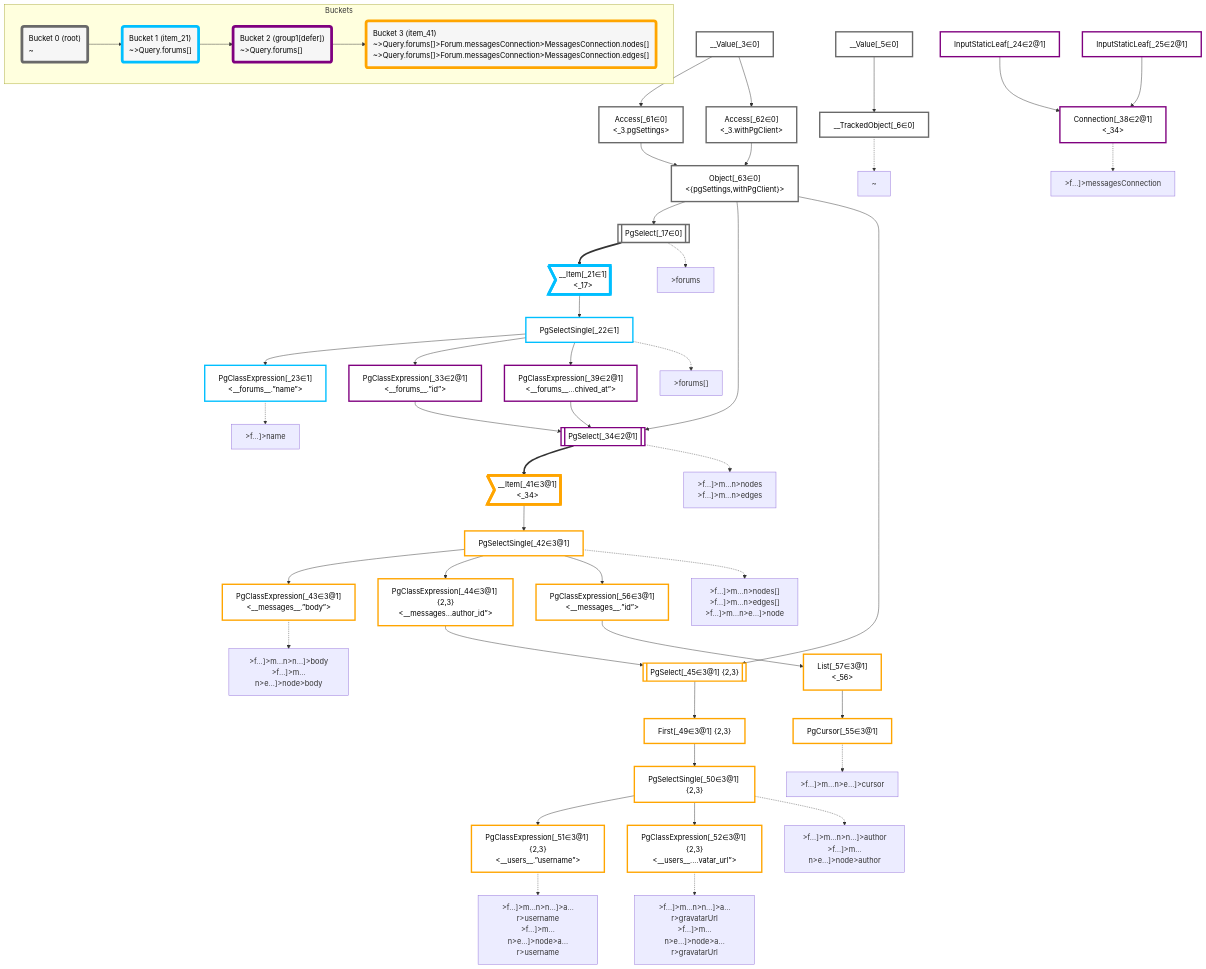
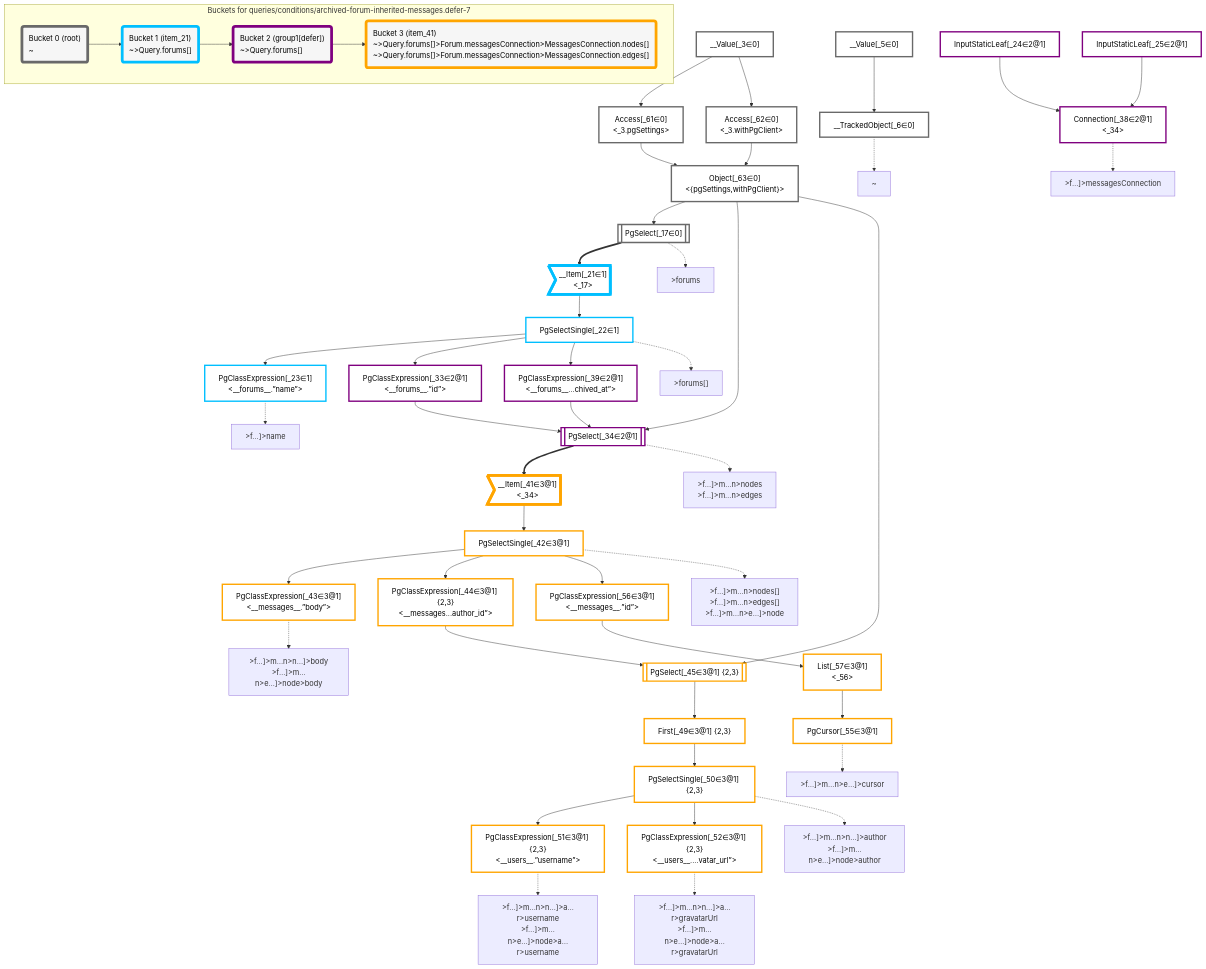
Before and after one commit to graphile/crystal: the diagram in packages/dataplan-pg/__tests__/queries/conditions/archived-forum-inherited-messages.defer-7.mermaid.md, drawn with Mermaid. The commit also changed 195 other files, not shown here.

```diff
--- a/packages/dataplan-pg/__tests__/queries/conditions/archived-forum-inherited-messages.defer-7.mermaid.md
+++ b/packages/dataplan-pg/__tests__/queries/conditions/archived-forum-inherited-messages.defer-7.mermaid.md
@@ -104,7 +104,7 @@
     classDef bucket3 stroke:#ffa500
     class __Item_41,PgSelectSingle_42,PgClassExpression_43,PgClassExpression_44,PgSelect_45,First_49,PgSelectSingle_50,PgClassExpression_51,PgClassExpression_52,PgCursor_55,PgClassExpression_56,List_57 bucket3
 
-    subgraph Buckets
+    subgraph "Buckets for queries/conditions/archived-forum-inherited-messages.defer-7"
     Bucket0("Bucket 0 (root)<br />~"):::bucket
     style Bucket0 stroke:#696969
     Bucket1("Bucket 1 (item_21)<br />~>Query.forums[]"):::bucket
```
